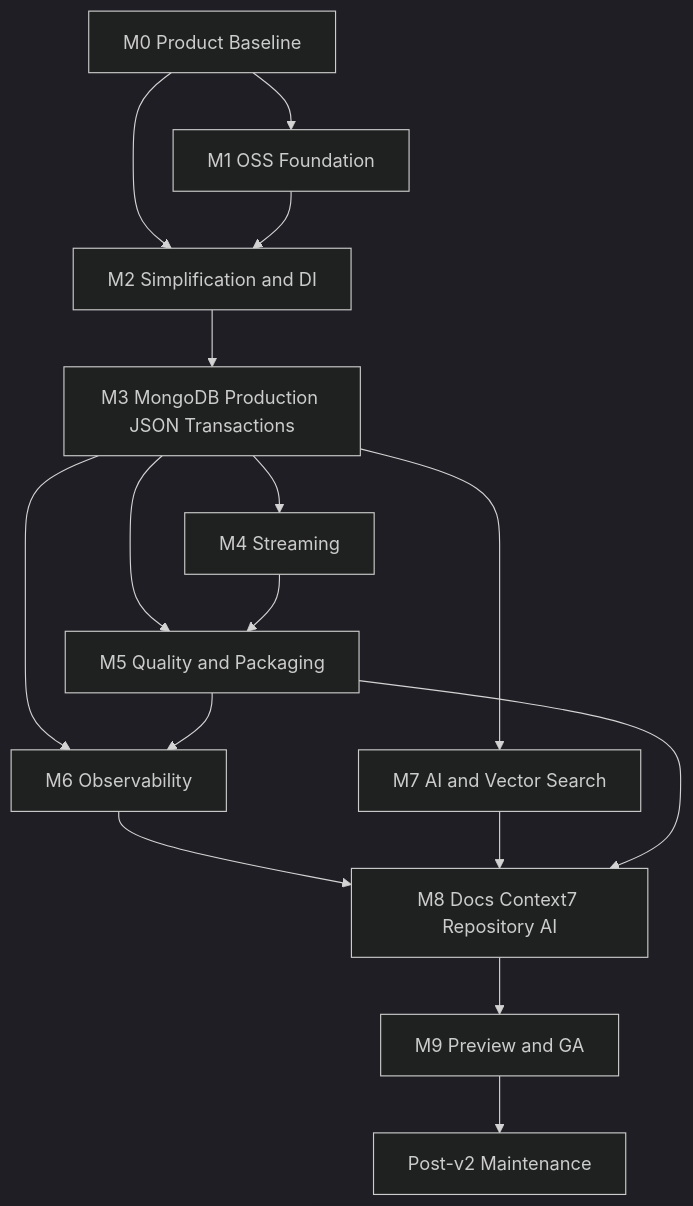
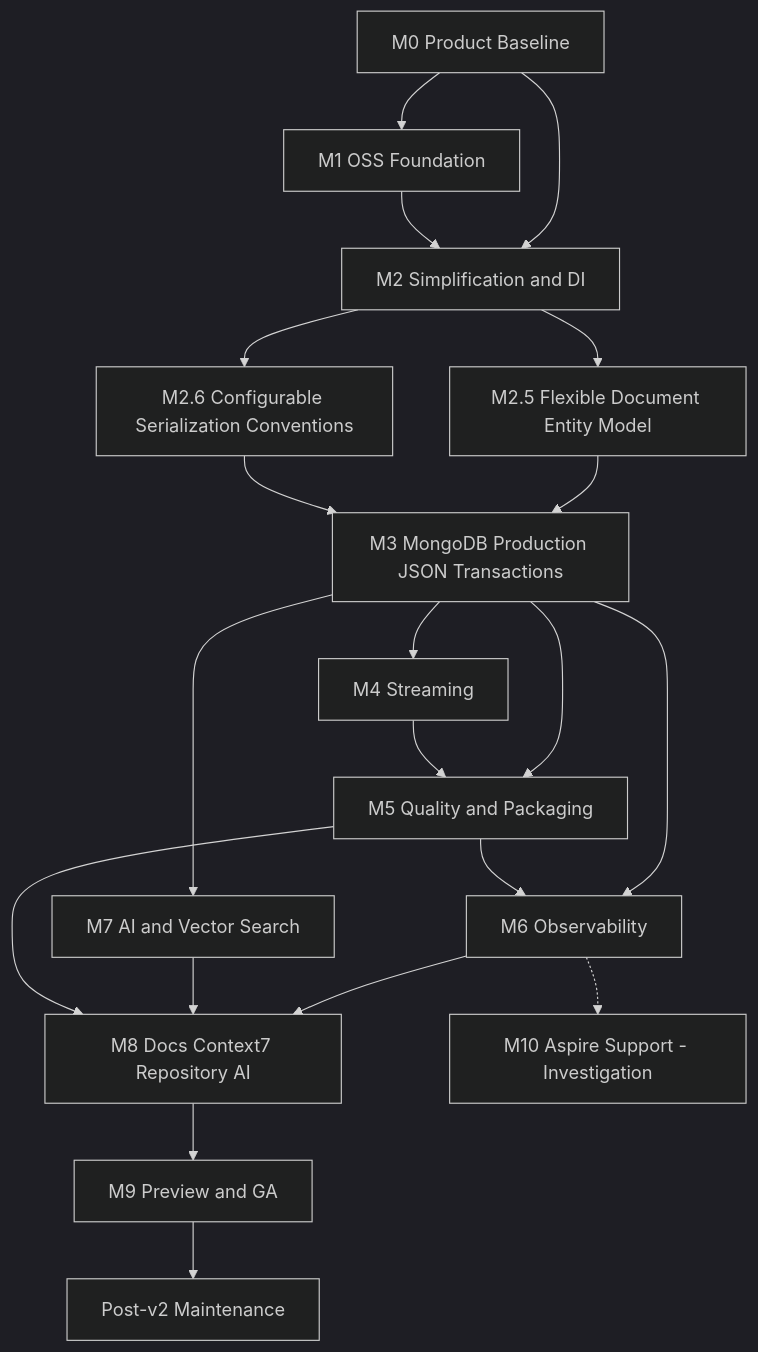
Before and after one commit to Dilcore-Official/Dilcore-MongoDb: the diagram in ROADMAP.md, drawn with Mermaid (dark theme). The commit also changed other lines of this file and 2 other files, not shown here.

First line of the commit message:
feat: Update roadmap with new milestones and enhance document entity serialization

````diff
--- a/ROADMAP.md
+++ b/ROADMAP.md
@@ -52,18 +52,22 @@
 ```mermaid
 flowchart TD
   M0[M0 Product Baseline] --> M1[M1 OSS Foundation]
   M0 --> M2[M2 Simplification and DI]
   M1 --> M2
-  M2 --> M3[M3 MongoDB Production JSON Transactions]
+  M2 --> M2_5[M2.5 Flexible Document Entity Model]
+  M2 --> M2_6[M2.6 Configurable Serialization Conventions]
+  M2_5 --> M3[M3 MongoDB Production JSON Transactions]
+  M2_6 --> M3
   M3 --> M4[M4 Streaming]
   M3 --> M5[M5 Quality and Packaging]
   M4 --> M5
   M3 --> M6[M6 Observability]
   M5 --> M6
   M3 --> M7[M7 AI and Vector Search]
   M6 --> M8[M8 Docs Context7 Repository AI]
   M7 --> M8
   M5 --> M8
   M8 --> M9[M9 Preview and GA]
+  M6 -.-> M10[M10 Aspire Support - Investigation]
   M9 --> Post[Post-v2 Maintenance]
 ```
````
